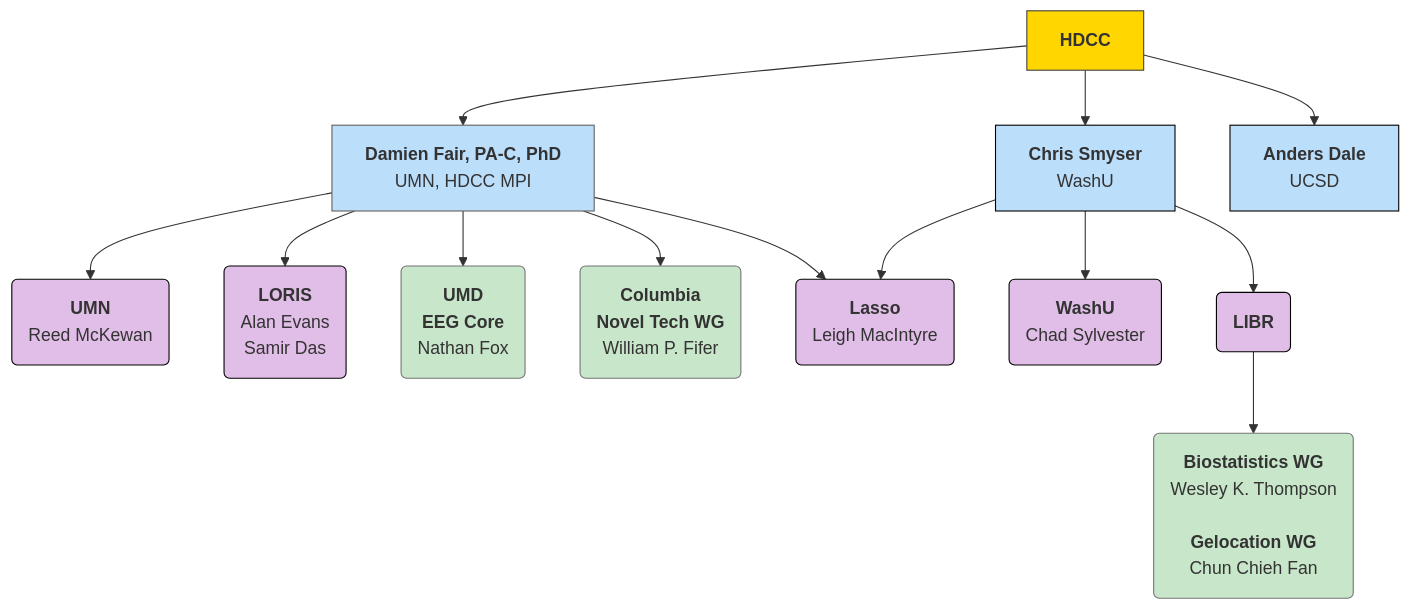
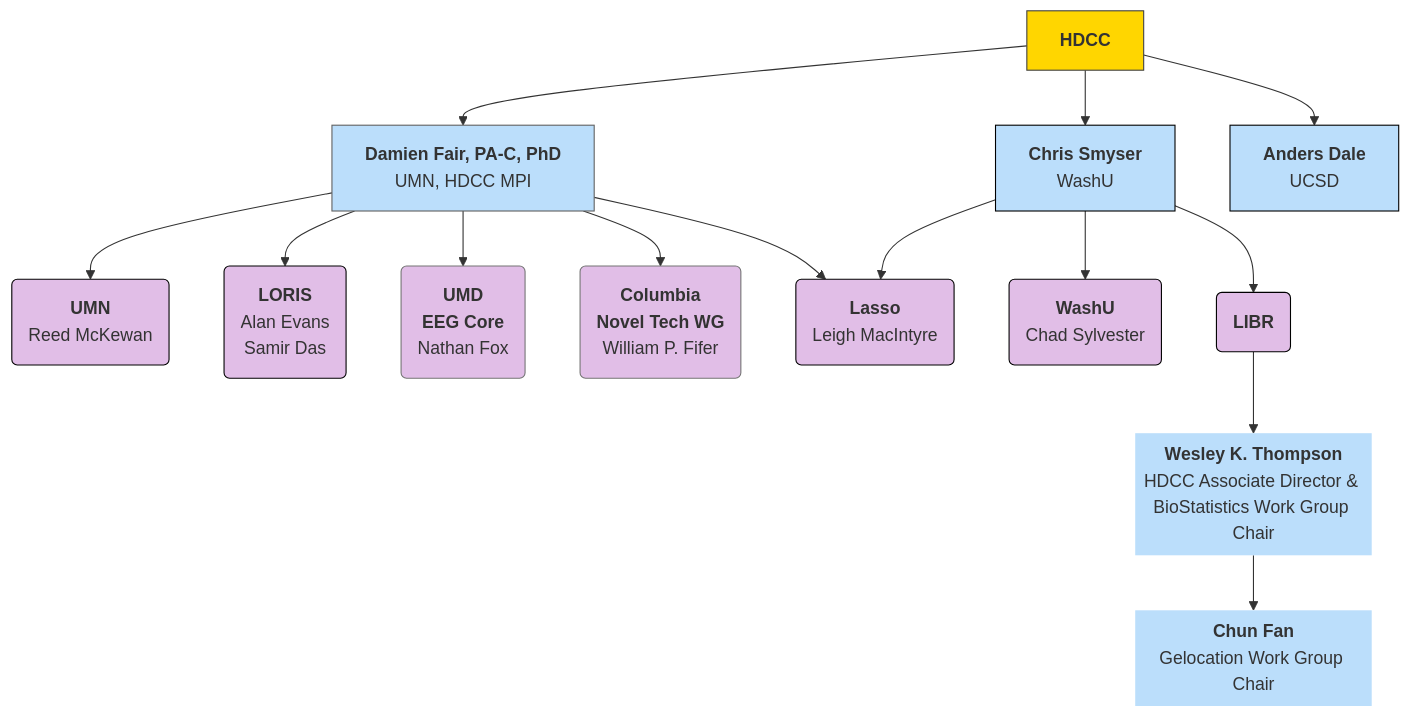
The first of 9 diagrams in docs/orgcharts.md (DCAN-Labs/hbcd-docs-internal), drawn with Mermaid before and after one commit. The commit also changed other lines of this file, not shown here.

Commit message:
remove libr details and just include in overview

````diff
--- a/docs/orgcharts.md
+++ b/docs/orgcharts.md
@@ -6,45 +6,45 @@
 ```mermaid
 ---
 config:
   layout: dagre
 ---
 flowchart TB
     A["<strong>HDCC</strong>"] --> E["<b>Damien Fair, PA-C, PhD</b><br>UMN, HDCC MPI"] & n1["<b>Chris Smyser</b><br>WashU"] & n2["<b>Anders Dale</b><br>UCSD"]
-    E --> umn["<b>UMN</b><br>Reed McKewan"] & n7["<b>LORIS</b><br>Alan Evans<br>Samir Das"] & n8["<b>UMD<br>EEG Core</b><br>Nathan Fox"] & n11["<b>Columbia<br>Novel Tech WG</b><br>William P. Fifer"]
-    E --> n15["<b>Lasso</b><br>Leigh MacIntyre"]
+    E --> umn["<b>UMN</b><br>Reed McKewan"] & n7["<b>LORIS</b><br>Alan Evans<br>Samir Das"] & n8["<b>UMD<br>EEG Core</b><br>Nathan Fox"] & n11["<b>Columbia<br>Novel Tech WG</b><br>William P. Fifer"] & n15["<b>Lasso</b><br>Leigh MacIntyre"]
     n1 --> n10["<b>WashU</b><br>Chad Sylvester"] & n12["<b>LIBR</b>"] & n15
-    n12 --> n13["<b>Biostatistics WG<br></b>Wesley K. Thompson<br>
-    <b>Gelocation WG</b><br>Chun Chieh Fan"]
+    n16@{ label: "<span style=\"--tw-scale-x:\"><b>Wesley K. Thompson<br></b>HDCC Associate Director & BioStatistics Work Group Chair</span><br>" } --> n17@{ label: "<span style=\"color:\"><b>Chun Fan<br></b></span><span style=\"--tw-scale-x:\">Gelocation Work Group Chair</span><br style=\"--tw-scale-x:\">" }
+    n12 --> n16
     A@{ shape: rect}
     E@{ shape: rect}
     n1@{ shape: rect}
     n2@{ shape: rect}
     umn@{ shape: rounded}
     n7@{ shape: rounded}
     n8@{ shape: rounded}
     n11@{ shape: rounded}
     n15@{ shape: rounded}
     n10@{ shape: rounded}
     n12@{ shape: rounded}
-    n13@{ shape: rounded}
+    n16@{ shape: text}
+    n17@{ shape: text}
     style A fill:#FFD600,stroke:#424242
     style E fill:#BBDEFB,stroke:#616161
     style n1 fill:#BBDEFB,stroke:#000000
     style n2 fill:#BBDEFB,stroke:#000000
     style umn fill:#E1BEE7,stroke:#000000
     style n7 fill:#E1BEE7,stroke:#000000
-    style n8 fill:#C8E6C9,stroke:#757575
-    style n11 fill:#C8E6C9,stroke:#757575
+    style n8 fill:#E1BEE7,stroke:#757575
+    style n11 fill:#E1BEE7,stroke:#757575
     style n15 fill:#E1BEE7,stroke:#000000
     style n10 fill:#E1BEE7,stroke:#000000
     style n12 fill:#E1BEE7,stroke:#000000
-    style n13 fill:#C8E6C9,stroke:#757575
+    style n16 fill:#BBDEFB
+    style n17 fill:#BBDEFB
     click n2 "#ucsd"
     click umn "#university-of-minnesota"
     click n7 "#loris"
     click n8 "#umd-eeg-core"
     click n11 "#columbia-university"
     click n15 "#lasso"
     click n10 "#washu"
-    click n13 "#libr"
 ```
````
